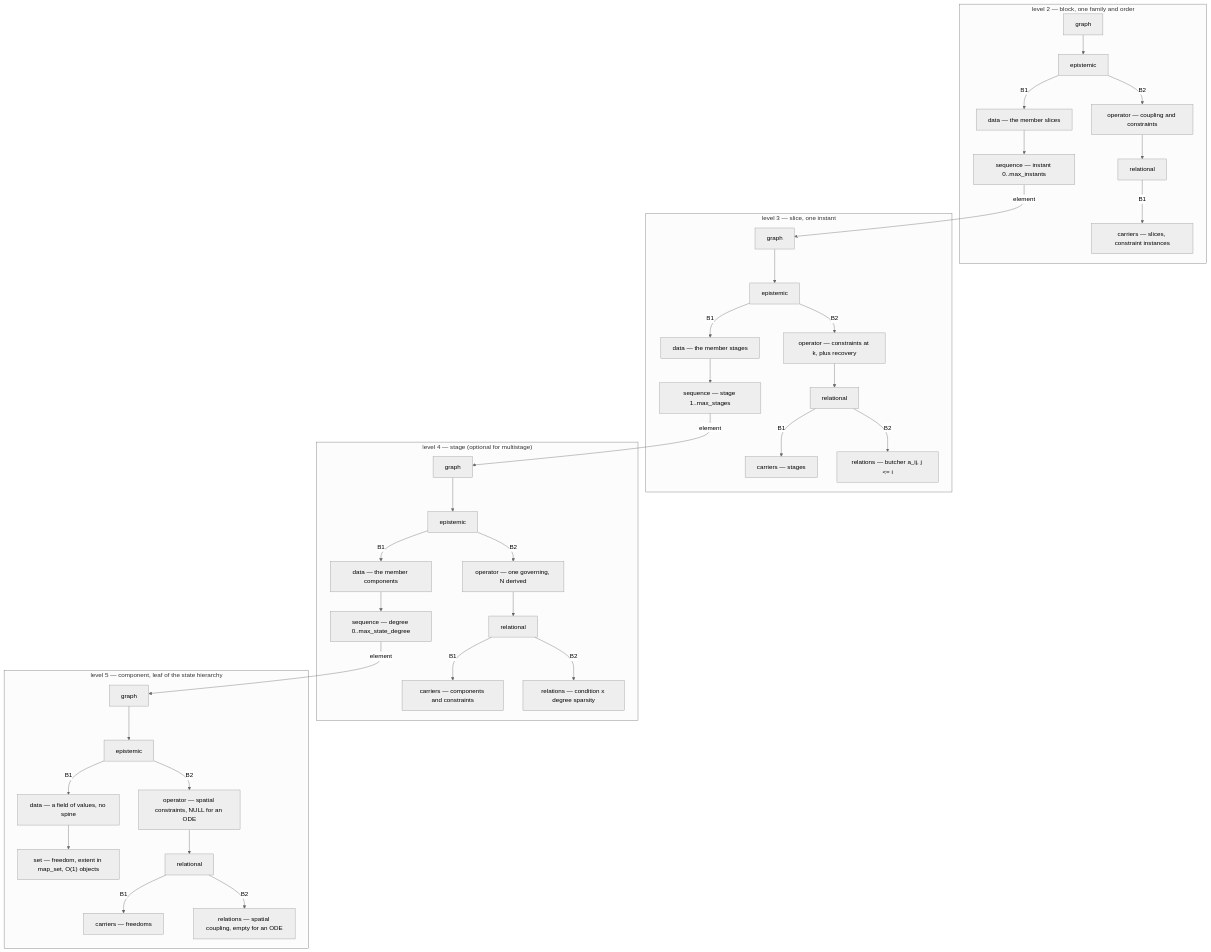
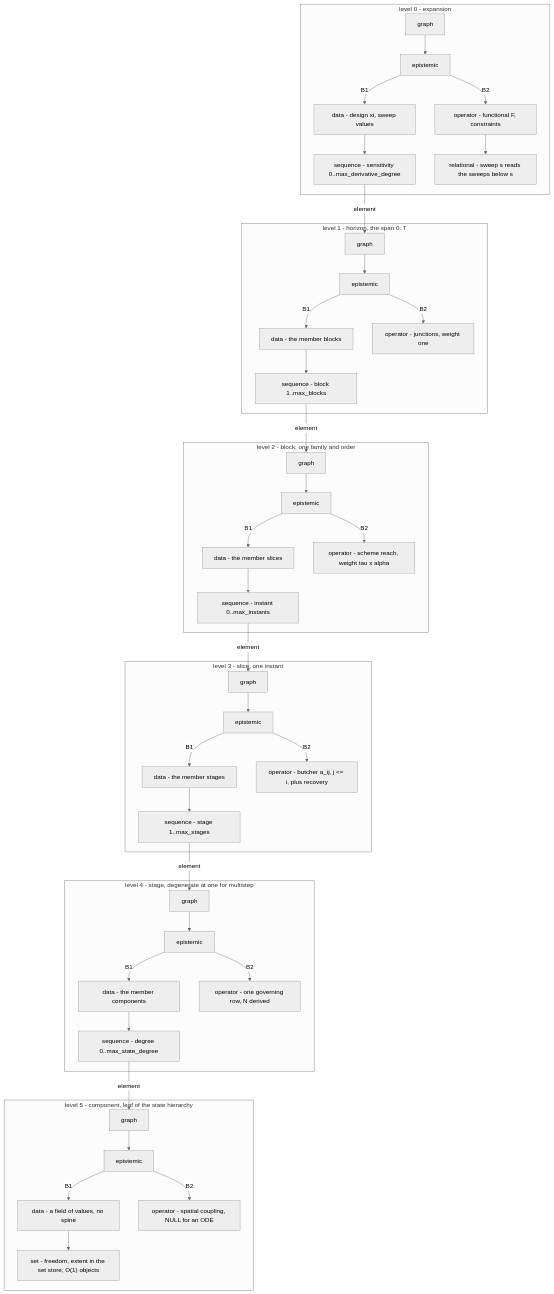
One commit to komahanb/unstructured-finite-volume changed the third of 3 diagrams in maths/demo/gti.md. Above: the diagram before and after it, drawn with Mermaid (neutral theme). The commit also changed other lines of this file, not shown here.

Commit message:
The draft of the mathematics completed: readings, the square problem, the product, the duality, design as the parent notion

````diff
--- a/maths/demo/gti.md
+++ b/maths/demo/gti.md
@@ -338,49 +124,56 @@
 ```mermaid
 graph TD
+  subgraph L0["level 0 - expansion"]
+    G0["graph"]
+    G0 --> E0["epistemic"]
+    E0 -->|B1| E0D["data - design xi, sweep values"]
+    E0 -->|B2| E0O["operator - functional F, constraints"]
+    E0D --> S0["sequence - sensitivity 0..max_derivative_degree"]
+    E0O --> R0["relational - sweep s reads the sweeps below s"]
+  end
+  S0 -->|element| G1
 
-  subgraph L2["level 2 — block, one family and order"]
+  subgraph L1["level 1 - horizon, the span 0..T"]
+    G1["graph"]
+    G1 --> E1["epistemic"]
+    E1 -->|B1| E1D["data - the member blocks"]
+    E1 -->|B2| E1O["operator - junctions, weight one"]
+    E1D --> S1["sequence - block 1..max_blocks"]
+  end
+  S1 -->|element| G2
+
+  subgraph L2["level 2 - block, one family and order"]
     G2["graph"]
     G2 --> E2["epistemic"]
-    E2 -->|B1| E2D["data — the member slices"]
-    E2 -->|B2| E2O["operator — coupling and constraints"]
-    E2D --> S2["sequence — instant 0..max_instants"]
-    E2O --> R2["relational"]
-    R2 -->|B1| R2C["carriers — slices, constraint instances"]
+    E2 -->|B1| E2D["data - the member slices"]
+    E2 -->|B2| E2O["operator - scheme reach, weight tau x alpha"]
+    E2D --> S2["sequence - instant 0..max_instants"]
   end
   S2 -->|element| G3
 
-  subgraph L3["level 3 — slice, one instant"]
+  subgraph L3["level 3 - slice, one instant"]
     G3["graph"]
     G3 --> E3["epistemic"]
-    E3 -->|B1| E3D["data — the member stages"]
-    E3 -->|B2| E3O["operator — constraints at k, plus recovery"]
-    E3D --> S3["sequence — stage 1..max_stages"]
-    E3O --> R3["relational"]
-    R3 -->|B1| R3C["carriers — stages"]
-    R3 -->|B2| R3R["relations — butcher a_ij, j <= i"]
+    E3 -->|B1| E3D["data - the member stages"]
+    E3 -->|B2| E3O["operator - butcher a_ij, j <= i, plus recovery"]
+    E3D --> S3["sequence - stage 1..max_stages"]
   end
   S3 -->|element| G4
 
-  subgraph L4["level 4 — stage (optional for multistage)"]
+  subgraph L4["level 4 - stage, degenerate at one for multistep"]
     G4["graph"]
     G4 --> E4["epistemic"]
-    E4 -->|B1| E4D["data — the member components"]
-    E4 -->|B2| E4O["operator — one governing, N derived"]
-    E4D --> S4["sequence — degree 0..max_state_degree"]
-    E4O --> R4["relational"]
-    R4 -->|B1| R4C["carriers — components and constraints"]
-    R4 -->|B2| R4R["relations — condition x degree sparsity"]
+    E4 -->|B1| E4D["data - the member components"]
+    E4 -->|B2| E4O["operator - one governing row, N derived"]
+    E4D --> S4["sequence - degree 0..max_state_degree"]
   end
   S4 -->|element| G5
 
-  subgraph L5["level 5 — component, leaf of the state hierarchy"]
+  subgraph L5["level 5 - component, leaf of the state hierarchy"]
     G5["graph"]
     G5 --> E5["epistemic"]
-    E5 -->|B1| E5D["data — a field of values, no spine"]
-    E5 -->|B2| E5O["operator — spatial constraints, NULL for an ODE"]
-    E5D --> V5["set — freedom, extent in map_set, O(1) objects"]
-    E5O --> R5["relational"]
-    R5 -->|B1| R5C["carriers — freedoms"]
-    R5 -->|B2| R5R["relations — spatial coupling, empty for an ODE"]
+    E5 -->|B1| E5D["data - a field of values, no spine"]
+    E5 -->|B2| E5O["operator - spatial coupling, NULL for an ODE"]
+    E5D --> V5["set - freedom, extent in the set store, O(1) objects"]
   end
 ```
````
